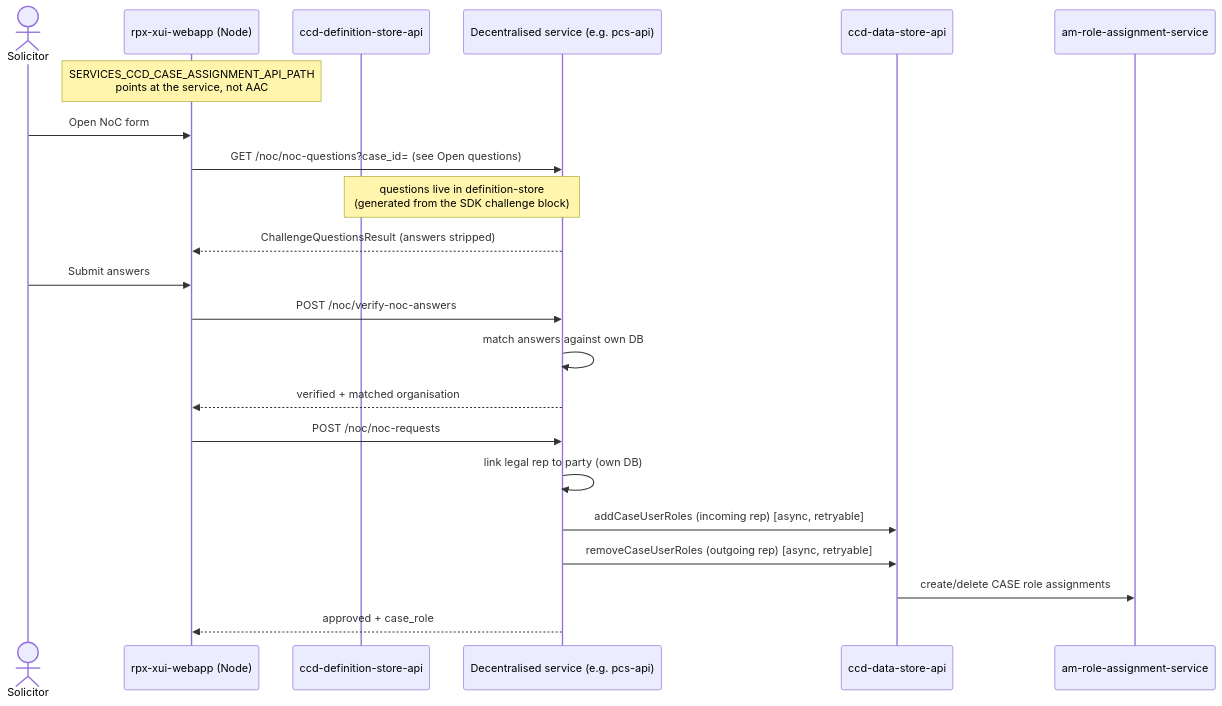
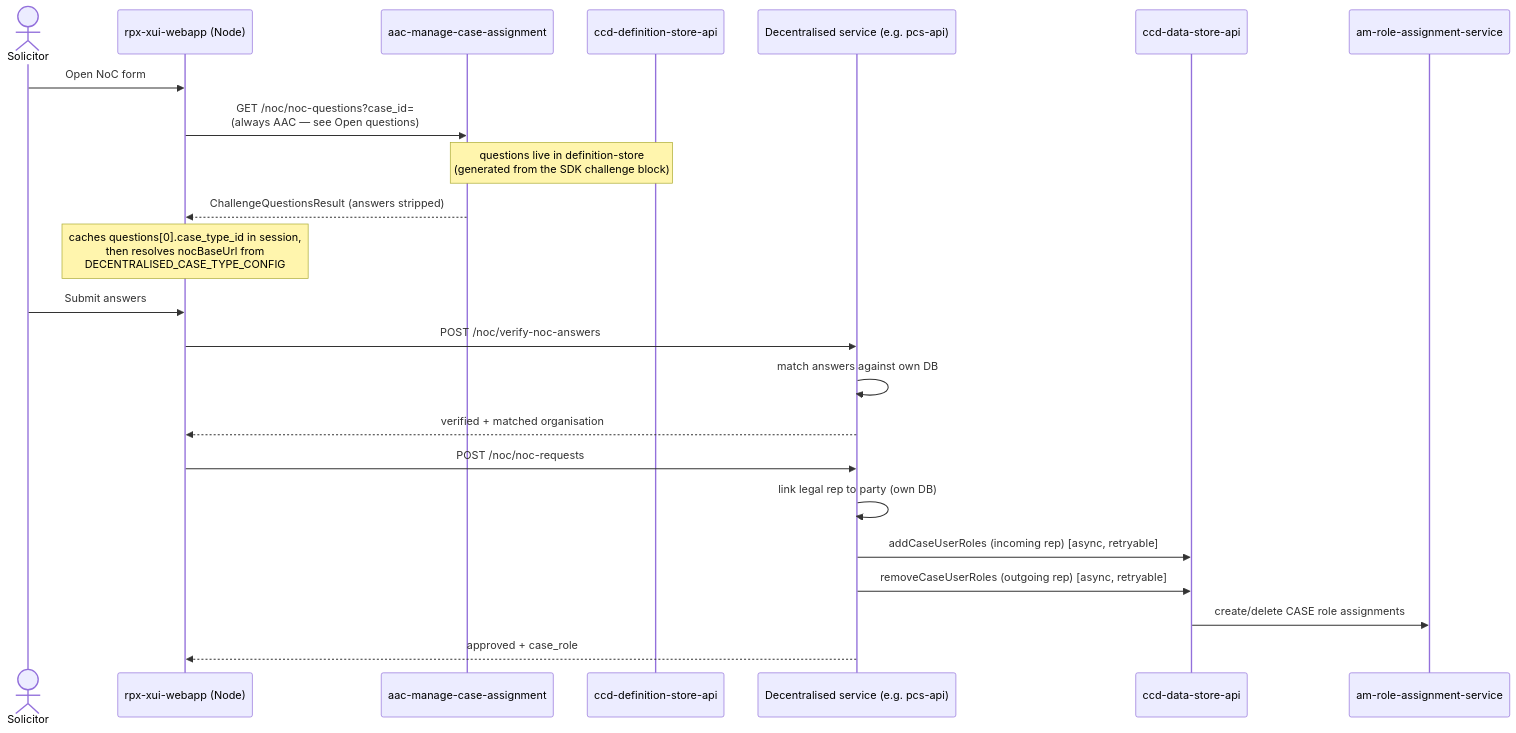
The diagram in apps/ccd/docs/how-to/implement-noc-decentralised.md (hmcts/cft-workspace), drawn with Mermaid before and after one commit. The commit also changed other lines of this file and 40 other files, not shown here.

````diff
--- a/apps/ccd/docs/how-to/implement-noc-decentralised.md
+++ b/apps/ccd/docs/how-to/implement-noc-decentralised.md
@@ -108,25 +104,26 @@
 ```mermaid
 sequenceDiagram
     actor Solicitor
     participant XUI as rpx-xui-webapp (Node)
+    participant AAC as aac-manage-case-assignment
     participant DefStore as ccd-definition-store-api
     participant Svc as Decentralised service (e.g. pcs-api)
     participant DS as ccd-data-store-api
     participant AMRAS as am-role-assignment-service
 
-    Note over XUI: SERVICES_CCD_CASE_ASSIGNMENT_API_PATH<br/>points at the service, not AAC
     Solicitor->>XUI: Open NoC form
-    XUI->>Svc: GET /noc/noc-questions?case_id= (see Open questions)
-    Note over Svc,DefStore: questions live in definition-store<br/>(generated from the SDK challenge block)
-    Svc-->>XUI: ChallengeQuestionsResult (answers stripped)
+    XUI->>AAC: GET /noc/noc-questions?case_id=<br/>(always AAC — see Open questions)
+    Note over AAC,DefStore: questions live in definition-store<br/>(generated from the SDK challenge block)
+    AAC-->>XUI: ChallengeQuestionsResult (answers stripped)
+    Note over XUI: caches questions[0].case_type_id in session,<br/>then resolves nocBaseUrl from<br/>DECENTRALISED_CASE_TYPE_CONFIG
     Solicitor->>XUI: Submit answers
     XUI->>Svc: POST /noc/verify-noc-answers
     Svc->>Svc: match answers against own DB
     Svc-->>XUI: verified + matched organisation
     XUI->>Svc: POST /noc/noc-requests
     Svc->>Svc: link legal rep to party (own DB)
     Svc->>DS: addCaseUserRoles (incoming rep) [async, retryable]
     Svc->>DS: removeCaseUserRoles (outgoing rep) [async, retryable]
     DS->>AMRAS: create/delete CASE role assignments
     Svc-->>XUI: approved + case_role
 ```
````
